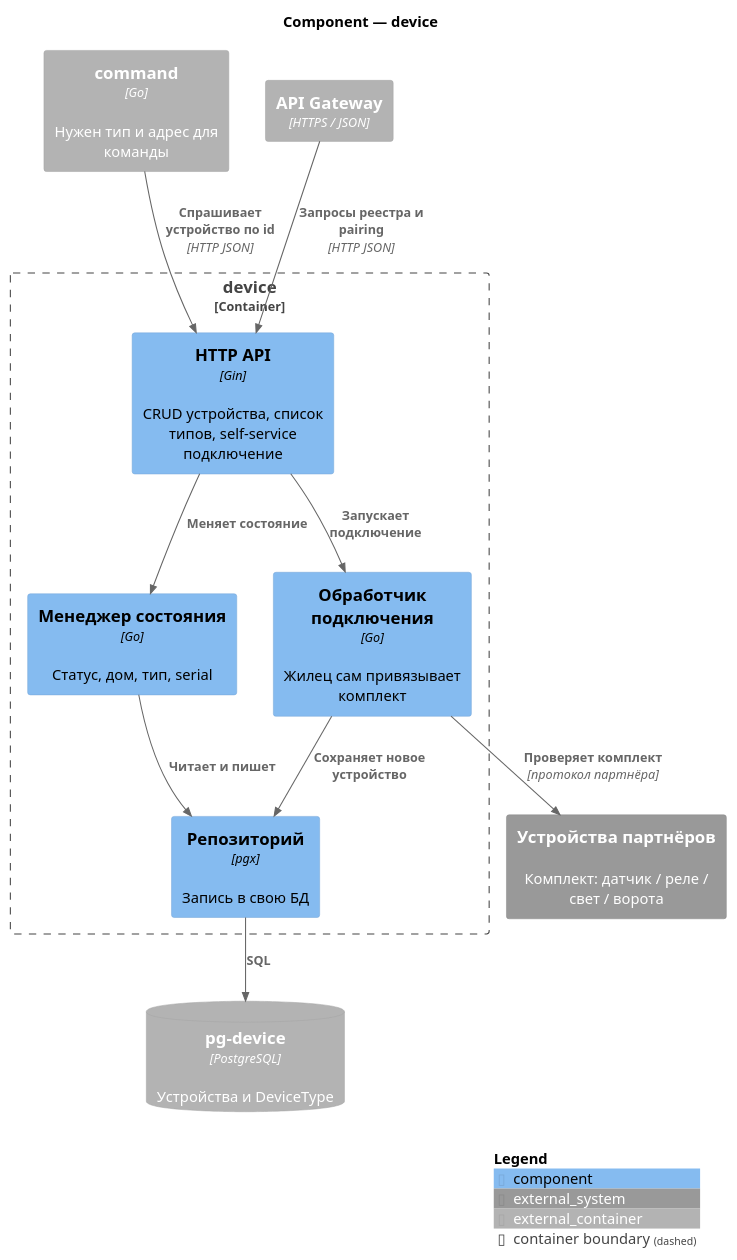
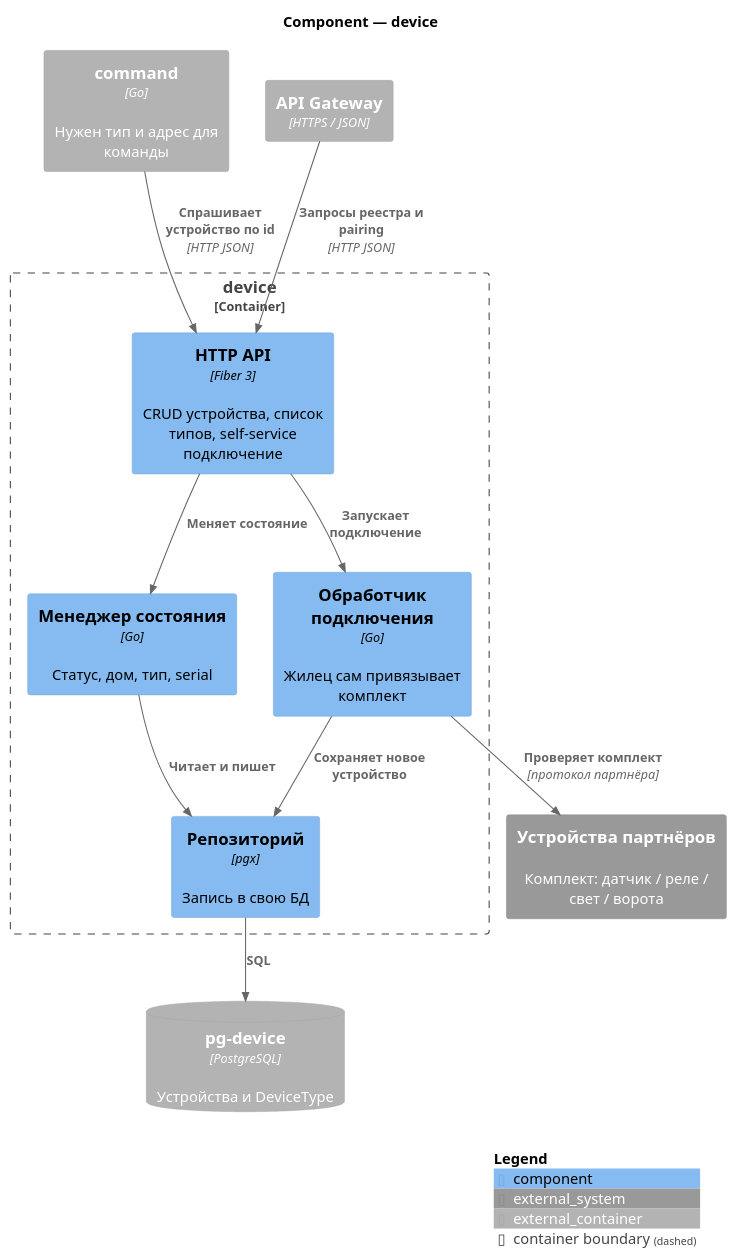
Before and after one commit to Dima-Karpov/architecture-pro-warmhouse: the diagram in docs/c4/02-component-device.puml, drawn with PlantUML. The commit also changed 20 other files, not shown here.

```diff
--- a/docs/c4/02-component-device.puml
+++ b/docs/c4/02-component-device.puml
@@ -1,28 +1,28 @@
 @startuml
 !include https://raw.githubusercontent.com/plantuml-stdlib/C4-PlantUML/master/C4_Component.puml
 
 title Component — device
 
 Container_Boundary(device, "device") {
-    Component(api, "HTTP API", "Gin", "CRUD устройства, список типов, self-service подключение")
+    Component(api, "HTTP API", "Fiber 3", "CRUD устройства, список типов, self-service подключение")
     Component(registry, "Менеджер состояния", "Go", "Статус, дом, тип, serial")
     Component(pairing, "Обработчик подключения", "Go", "Жилец сам привязывает комплект")
     Component(repo, "Репозиторий", "pgx", "Запись в свою БД")
 }
 
 ContainerDb_Ext(db, "pg-device", "PostgreSQL", "Устройства и DeviceType")
 Container_Ext(command, "command", "Go", "Нужен тип и адрес для команды")
 Container_Ext(gw, "API Gateway", "HTTPS / JSON")
 System_Ext(partner, "Устройства партнёров", "Комплект: датчик / реле / свет / ворота")
 
 Rel(gw, api, "Запросы реестра и pairing", "HTTP JSON")
 Rel(api, registry, "Меняет состояние")
 Rel(api, pairing, "Запускает подключение")
 Rel(registry, repo, "Читает и пишет")
 Rel(pairing, repo, "Сохраняет новое устройство")
 Rel(pairing, partner, "Проверяет комплект", "протокол партнёра")
 Rel(repo, db, "SQL")
 Rel(command, api, "Спрашивает устройство по id", "HTTP JSON")
 
 SHOW_LEGEND()
 @enduml
```
